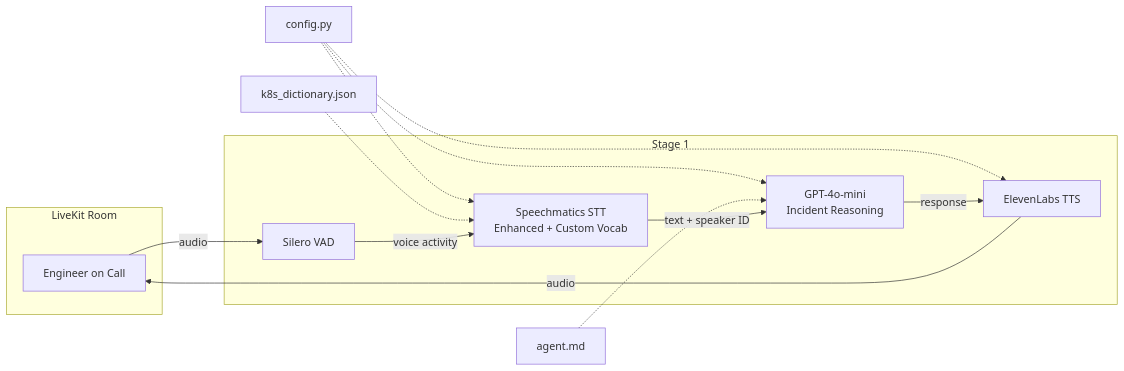
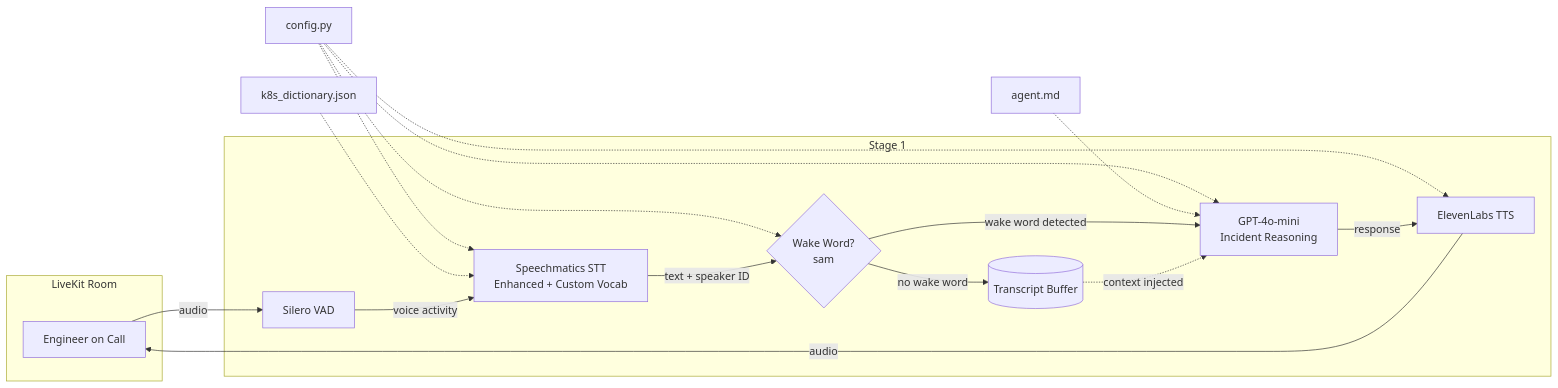
Before and after one commit to nishuastic/war-room-copilot: the diagram in docs/architecture.md, drawn with Mermaid. The commit also changed other lines of this file and 2 other files, not shown here.

````diff
--- a/docs/architecture.md
+++ b/docs/architecture.md
@@ -7,25 +7,31 @@
 ```mermaid
 flowchart LR
     subgraph LiveKit Room
         User[Engineer on Call]
     end
 
     subgraph Stage 1
         VAD[Silero VAD]
         STT[Speechmatics STT<br/>Enhanced + Custom Vocab]
+        WW{Wake Word?<br/>sam}
+        Buffer[(Transcript Buffer)]
         LLM[GPT-4o-mini<br/>Incident Reasoning]
         TTS[ElevenLabs TTS]
     end
 
     Config[config.py] -.-> STT
     Config -.-> LLM
     Config -.-> TTS
+    Config -.-> WW
     Dict[k8s_dictionary.json] -.-> STT
     Prompt[agent.md] -.-> LLM
 
     User -- audio --> VAD
     VAD -- voice activity --> STT
-    STT -- text + speaker ID --> LLM
+    STT -- text + speaker ID --> WW
+    WW -- "no wake word" --> Buffer
+    WW -- "wake word detected" --> LLM
+    Buffer -. "context injected" .-> LLM
     LLM -- response --> TTS
     TTS -- audio --> User
 ```
````
